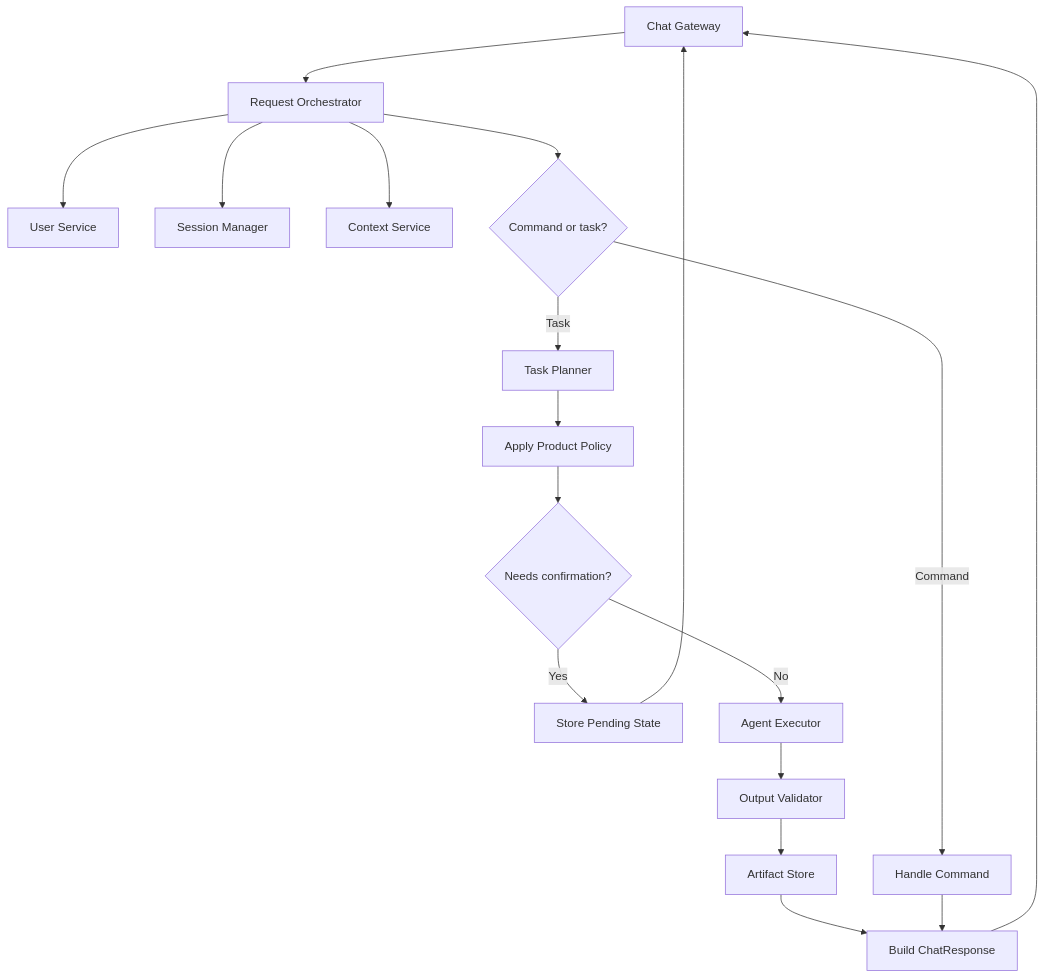
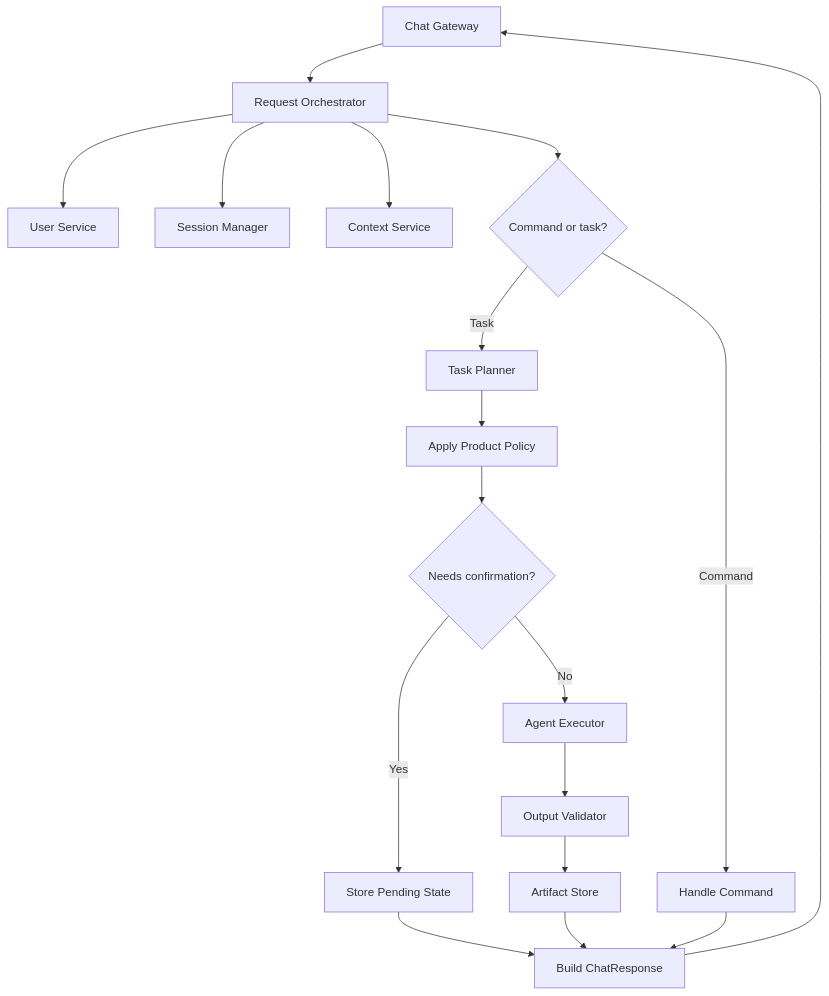
The diagram in docs/tasks/02-request-orchestrator.md (akashnits/ted-monorepo), drawn with Mermaid before and after one commit. The commit also changed other lines of this file and 5 other files, not shown here.

````diff
--- a/docs/tasks/02-request-orchestrator.md
+++ b/docs/tasks/02-request-orchestrator.md
@@ -19,20 +13,20 @@
 ```mermaid
 flowchart TD
     Gateway[Chat Gateway] --> Orchestrator[Request Orchestrator]
     Orchestrator --> User[User Service]
     Orchestrator --> Session[Session Manager]
     Orchestrator --> Context[Context Service]
     Orchestrator --> Decision{Command or task?}
     Decision -->|Command| Command[Handle Command]
     Decision -->|Task| Planner[Task Planner]
     Planner --> Policy[Apply Product Policy]
-    Policy --> Confirmation{Needs confirmation?}
-    Confirmation -->|Yes| Pending[Store Pending State]
-    Pending --> Gateway
-    Confirmation -->|No| Executor[Agent Executor]
+    Policy --> Confirm{Needs confirmation?}
+    Confirm -->|Yes| Pending[Store Pending State]
+    Confirm -->|No| Executor[Agent Executor]
     Executor --> Validator[Output Validator]
     Validator --> Artifact[Artifact Store]
-    Artifact --> Response[Build ChatResponse]
+    Pending --> Response[Build ChatResponse]
+    Artifact --> Response
     Command --> Response
     Response --> Gateway
 ```
````
